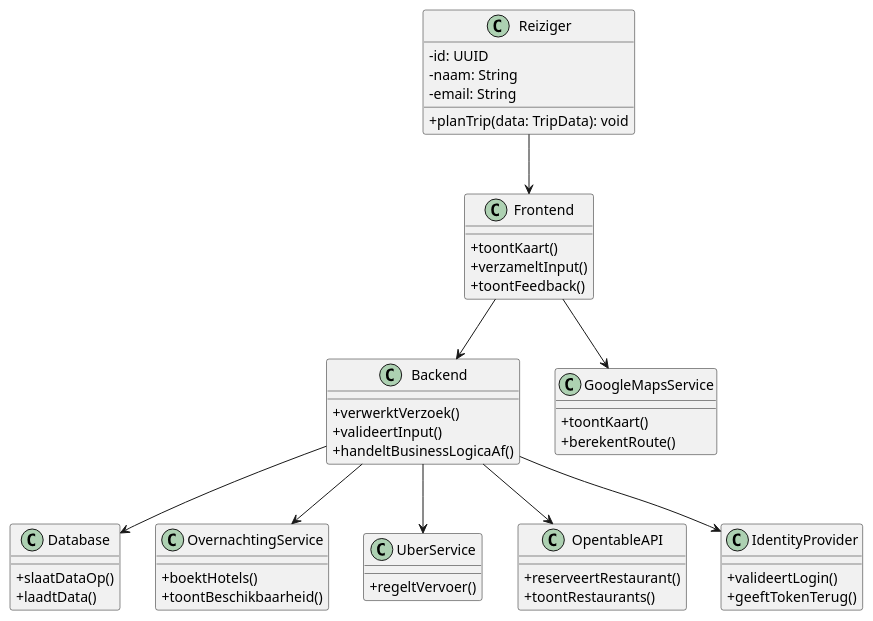
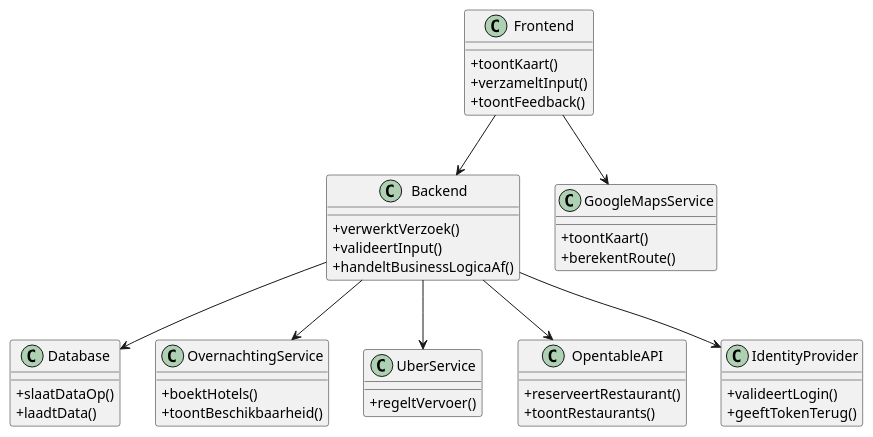
One commit to AIM-ENE-feb25/triptop-groep-b5 changed the diagram in huiswerk/Week2/Pressure cooker/ClassDiagram.puml. Above: the diagram before and after it, drawn with PlantUML.

Commit message:
ClassDiagram.puml

```diff
--- a/huiswerk/Week2/Pressure cooker/ClassDiagram.puml
+++ b/huiswerk/Week2/Pressure cooker/ClassDiagram.puml
@@ -1,61 +1,53 @@
 @startuml
 skinparam classAttributeIconSize 0
-
-class Reiziger {
-  - id: UUID
-  - naam: String
-  - email: String
-  + planTrip(data: TripData): void
-}
 
 class Frontend {
   + toontKaart()
   + verzameltInput()
   + toontFeedback()
 }
 
 class Backend {
   + verwerktVerzoek()
   + valideertInput()
   + handeltBusinessLogicaAf()
 }
 
 class Database {
   + slaatDataOp()
   + laadtData()
 }
 
 class OvernachtingService {
   + boektHotels()
   + toontBeschikbaarheid()
 }
 
 class UberService {
   + regeltVervoer()
 }
 
 class OpentableAPI {
   + reserveertRestaurant()
   + toontRestaurants()
 }
 
 class IdentityProvider {
   + valideertLogin()
   + geeftTokenTerug()
 }
 
 class GoogleMapsService {
   + toontKaart()
   + berekentRoute()
 }
 
-Reiziger --> Frontend
 Frontend --> Backend
 Frontend --> GoogleMapsService
 Backend --> Database
 Backend --> OvernachtingService
 Backend --> UberService
 Backend --> OpentableAPI
 Backend --> IdentityProvider
 
 @enduml
```
